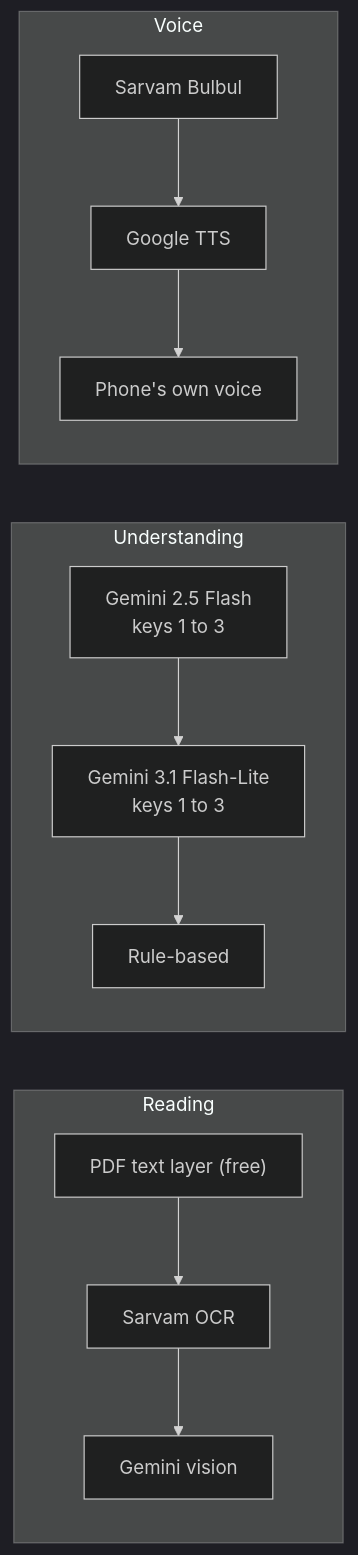
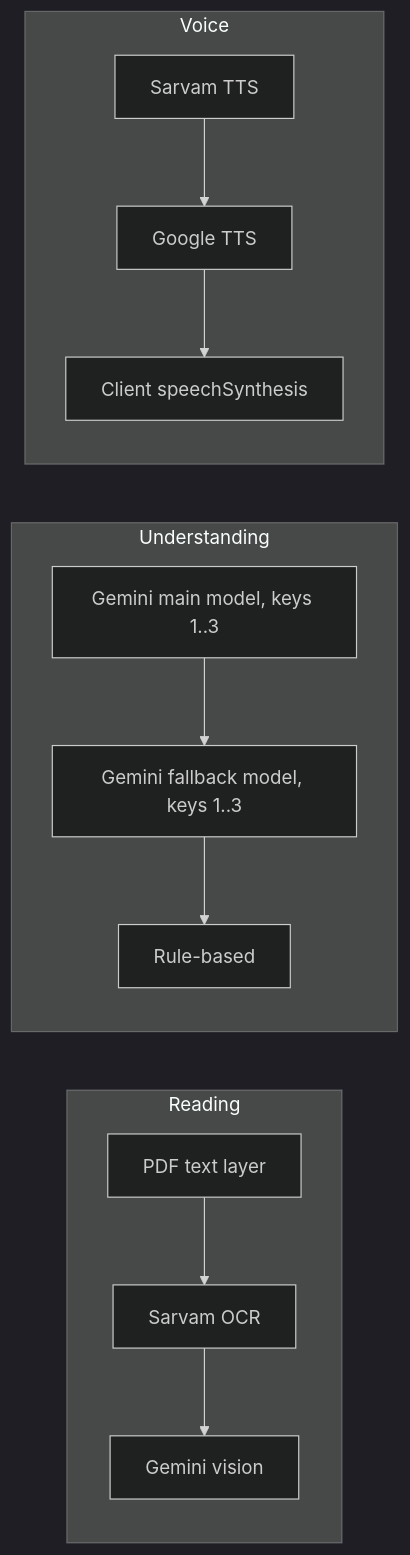
The fourth of 4 diagrams in README.md (siddhi-works/temp), drawn with Mermaid (dark theme) before and after one commit. The commit also changed other lines of this file and 34 other files, not shown here.

````diff
--- a/README.md
+++ b/README.md
@@ -109,12 +99,12 @@
 ```mermaid
 flowchart LR
   subgraph Reading
-    a1["PDF text layer (free)"] --> a2["Sarvam OCR"] --> a3["Gemini vision"]
+    a1["PDF text layer"] --> a2["Sarvam OCR"] --> a3["Gemini vision"]
   end
   subgraph Understanding
-    b1["Gemini 2.5 Flash<br/>keys 1 to 3"] --> b2["Gemini 3.1 Flash-Lite<br/>keys 1 to 3"] --> b3["Rule-based"]
+    b1["Gemini main model, keys 1..3"] --> b2["Gemini fallback model, keys 1..3"] --> b3["Rule-based"]
   end
   subgraph Voice
-    c1["Sarvam Bulbul"] --> c2["Google TTS"] --> c3["Phone's own voice"]
+    c1["Sarvam TTS"] --> c2["Google TTS"] --> c3["Client speechSynthesis"]
   end
 ```
````
